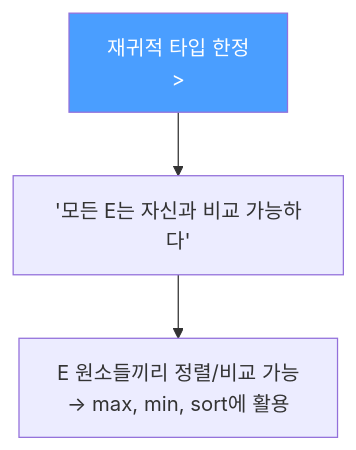
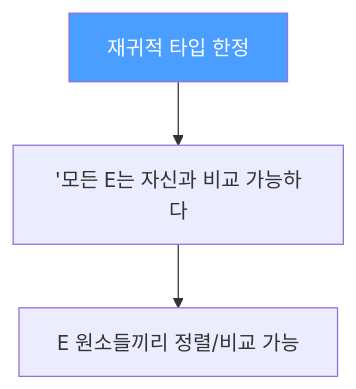
The first of 2 diagrams in _posts/java/2022-01-09-effective-java30.md (yjkim2015/yjkim2015.github.io), drawn with Mermaid before and after one commit. The commit also changed other lines of this file and 271 other files, not shown here.

First line of the commit message:
Mermaid 라벨 축소: 긴 노드 텍스트 18자 이하로 트림 + \n 제거

````diff
--- a/_posts/java/2022-01-09-effective-java30.md
+++ b/_posts/java/2022-01-09-effective-java30.md
@@ -77,6 +77,6 @@
 ```mermaid
 graph TD
-    A["재귀적 타입 한정\n<E extends Comparable<E>>"] --> B["'모든 E는 자신과 비교 가능하다'"]
-    B --> C["E 원소들끼리 정렬/비교 가능\n→ max, min, sort에 활용"]
+    A["재귀적 타입 한정\n<E exte"] --> B["'모든 E는 자신과 비교 가능하다"]
+    B --> C["E 원소들끼리 정렬/비교 가능\n"]
     style A fill:#4a9eff,color:#fff
 ```
````
